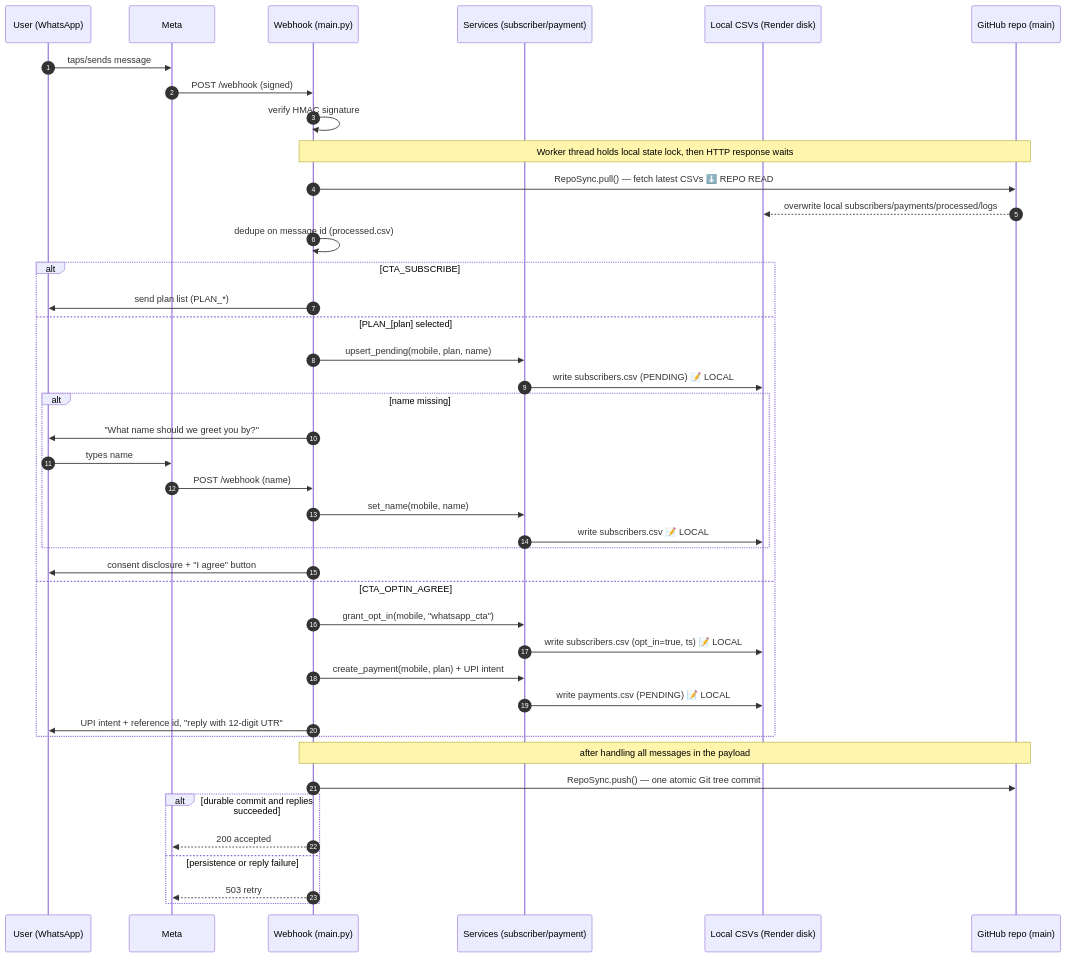
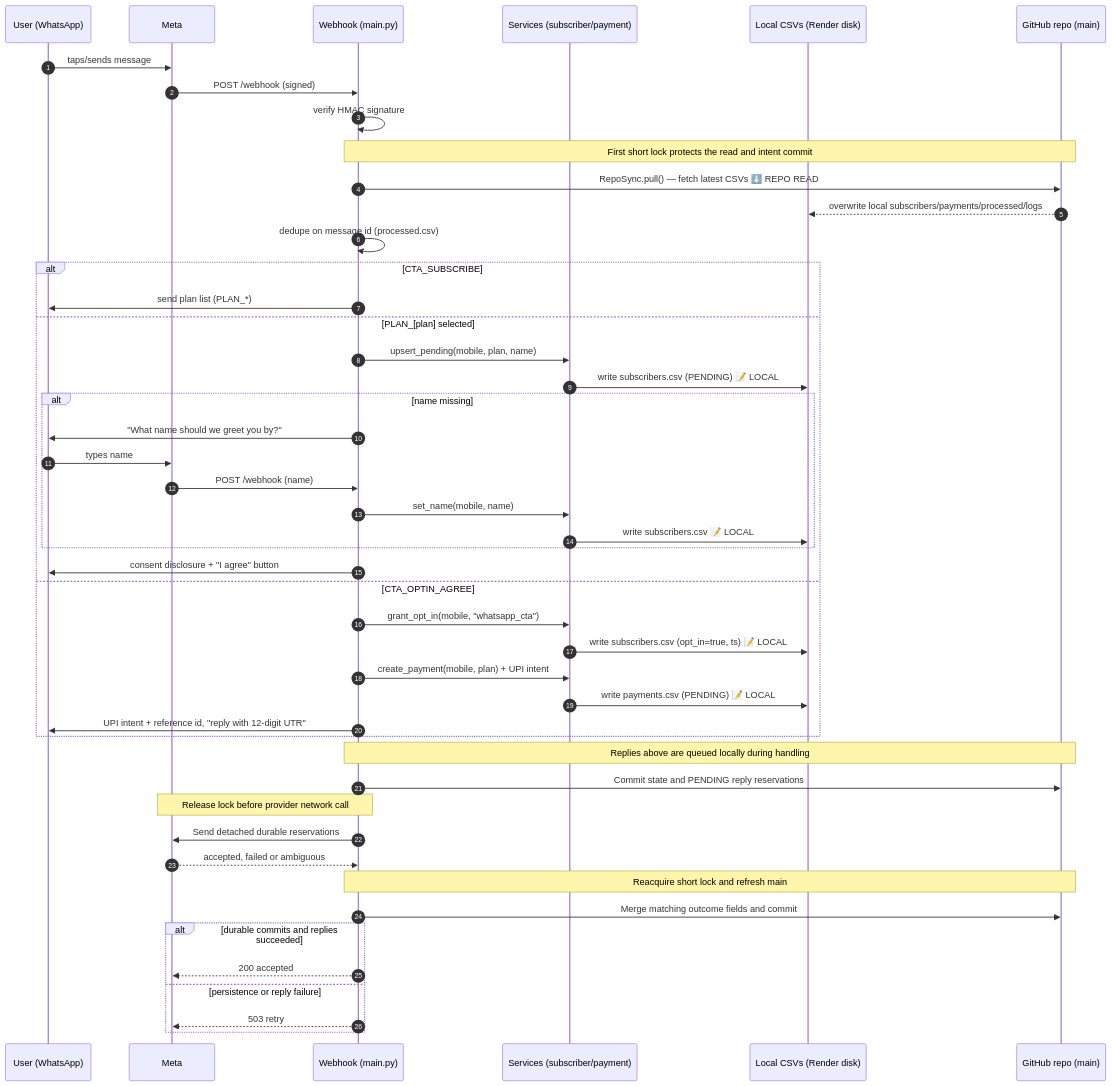
The fourth of 12 diagrams in sequence-diagrams.md (mishnit/daily-darshan), drawn with Mermaid before and after one commit. The commit also changed 6 other files, not shown here.

Commit message:
Release webhook lock during WhatsApp transport

````diff
--- a/sequence-diagrams.md
+++ b/sequence-diagrams.md
@@ -150,48 +150,53 @@
 ```mermaid
 sequenceDiagram
     autonumber
     participant User as User (WhatsApp)
     participant Meta
     participant Web as Webhook (main.py)
     participant Svc as Services (subscriber/payment)
     participant Local as Local CSVs (Render disk)
     participant Repo as GitHub repo (main)
 
     User->>Meta: taps/sends message
     Meta->>Web: POST /webhook (signed)
     Web->>Web: verify HMAC signature
-    Note over Web,Repo: Worker thread holds local state lock, then HTTP response waits
+    Note over Web,Repo: First short lock protects the read and intent commit
     Web->>Repo: RepoSync.pull() — fetch latest CSVs  ⬇️ REPO READ
     Repo-->>Local: overwrite local subscribers/payments/processed/logs
 
     Web->>Web: dedupe on message id (processed.csv)
 
     alt CTA_SUBSCRIBE
         Web->>User: send plan list (PLAN_*)
     else PLAN_[plan] selected
         Web->>Svc: upsert_pending(mobile, plan, name)
         Svc->>Local: write subscribers.csv (PENDING)  📝 LOCAL
         alt name missing
             Web->>User: "What name should we greet you by?"
             User->>Meta: types name
             Meta->>Web: POST /webhook (name)
             Web->>Svc: set_name(mobile, name)
             Svc->>Local: write subscribers.csv  📝 LOCAL
         end
         Web->>User: consent disclosure + "I agree" button
     else CTA_OPTIN_AGREE
         Web->>Svc: grant_opt_in(mobile, "whatsapp_cta")
         Svc->>Local: write subscribers.csv (opt_in=true, ts)  📝 LOCAL
         Web->>Svc: create_payment(mobile, plan) + UPI intent
         Svc->>Local: write payments.csv (PENDING)  📝 LOCAL
         Web->>User: UPI intent + reference id, "reply with 12-digit UTR"
     end
 
-    Note over Web,Repo: after handling all messages in the payload
-    Web->>Repo: RepoSync.push() — one atomic Git tree commit
-    alt durable commit and replies succeeded
+    Note over Web,Repo: Replies above are queued locally during handling
+    Web->>Repo: Commit state and PENDING reply reservations
+    Note over Web,Meta: Release lock before provider network call
+    Web->>Meta: Send detached durable reservations
+    Meta-->>Web: accepted, failed or ambiguous
+    Note over Web,Repo: Reacquire short lock and refresh main
+    Web->>Repo: Merge matching outcome fields and commit
+    alt durable commits and replies succeeded
         Web-->>Meta: 200 accepted
     else persistence or reply failure
         Web-->>Meta: 503 retry
     end
 ```
````
